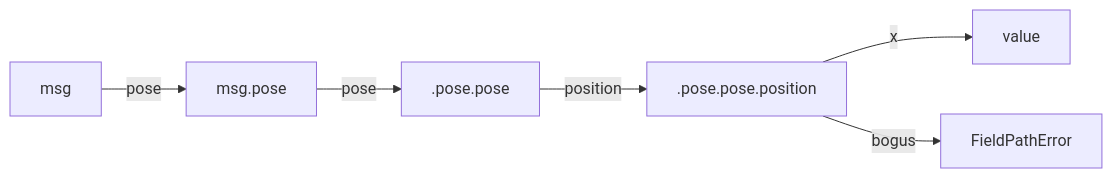
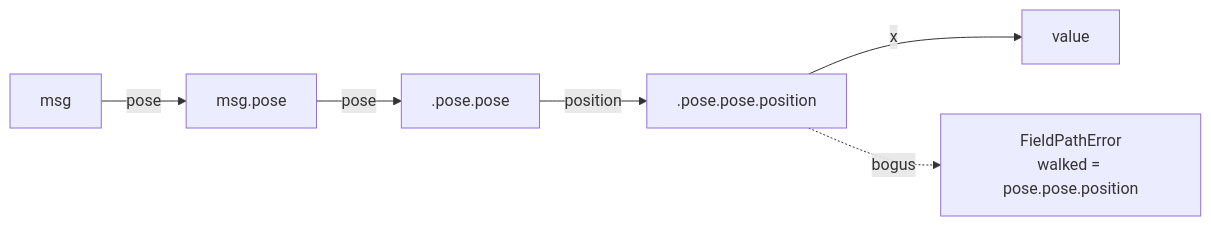
Before and after one commit to Boston-Robot-Hackers/metawtf: the second of 2 diagrams in 01-literate/02-field_extract.md, drawn with Mermaid. The commit also changed other lines of this file and 65 other files, not shown here.

````diff
--- a/01-literate/02-field_extract.md
+++ b/01-literate/02-field_extract.md
@@ -42,8 +107,8 @@
 ```mermaid
 flowchart LR
     M[msg] -->|pose| P1[msg.pose]
     P1 -->|pose| P2[.pose.pose]
     P2 -->|position| P3[.pose.pose.position]
     P3 -->|x| V[value]
-    P3 -->|bogus| X[FieldPathError]
+    P3 -.->|bogus| X[FieldPathError<br>walked = pose.pose.position]
 ```
````
